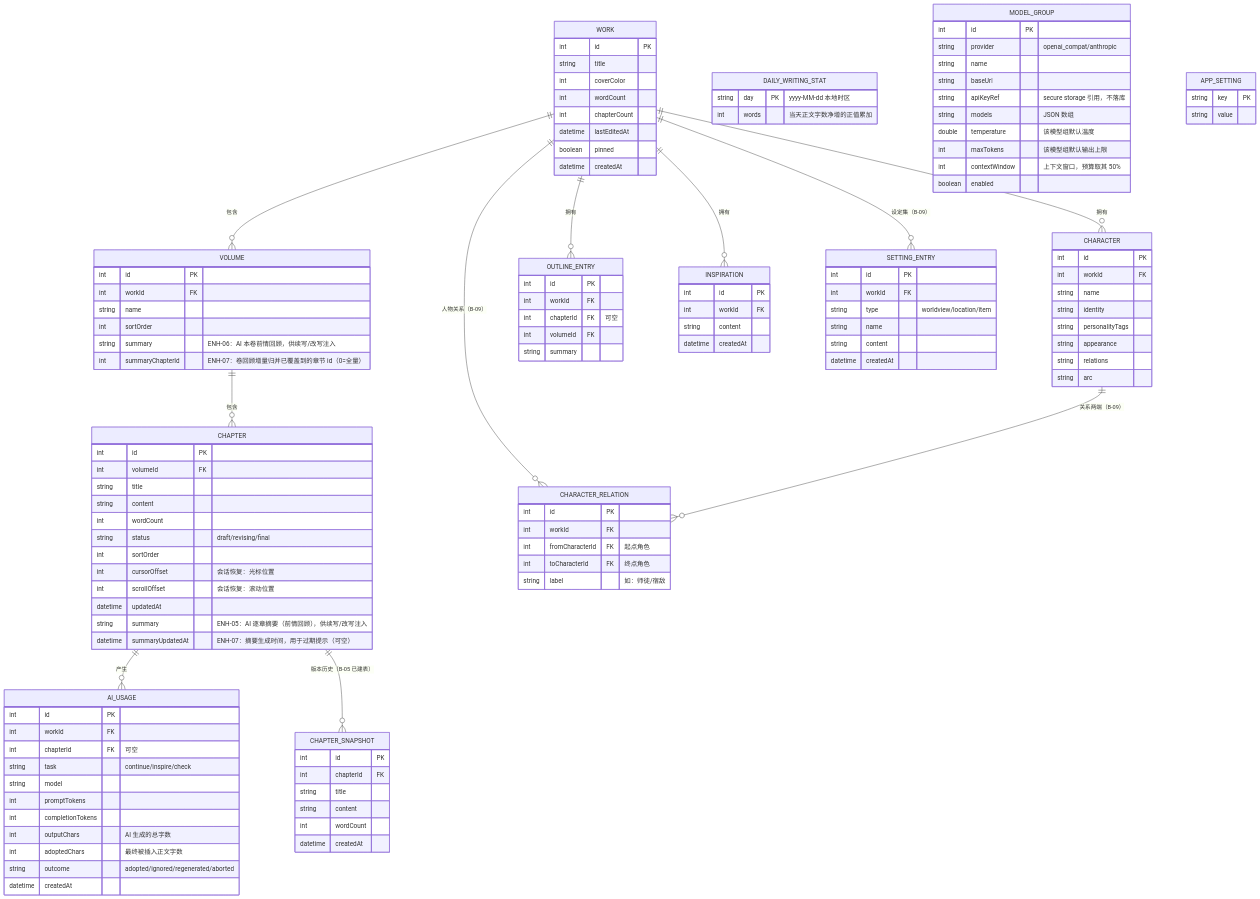
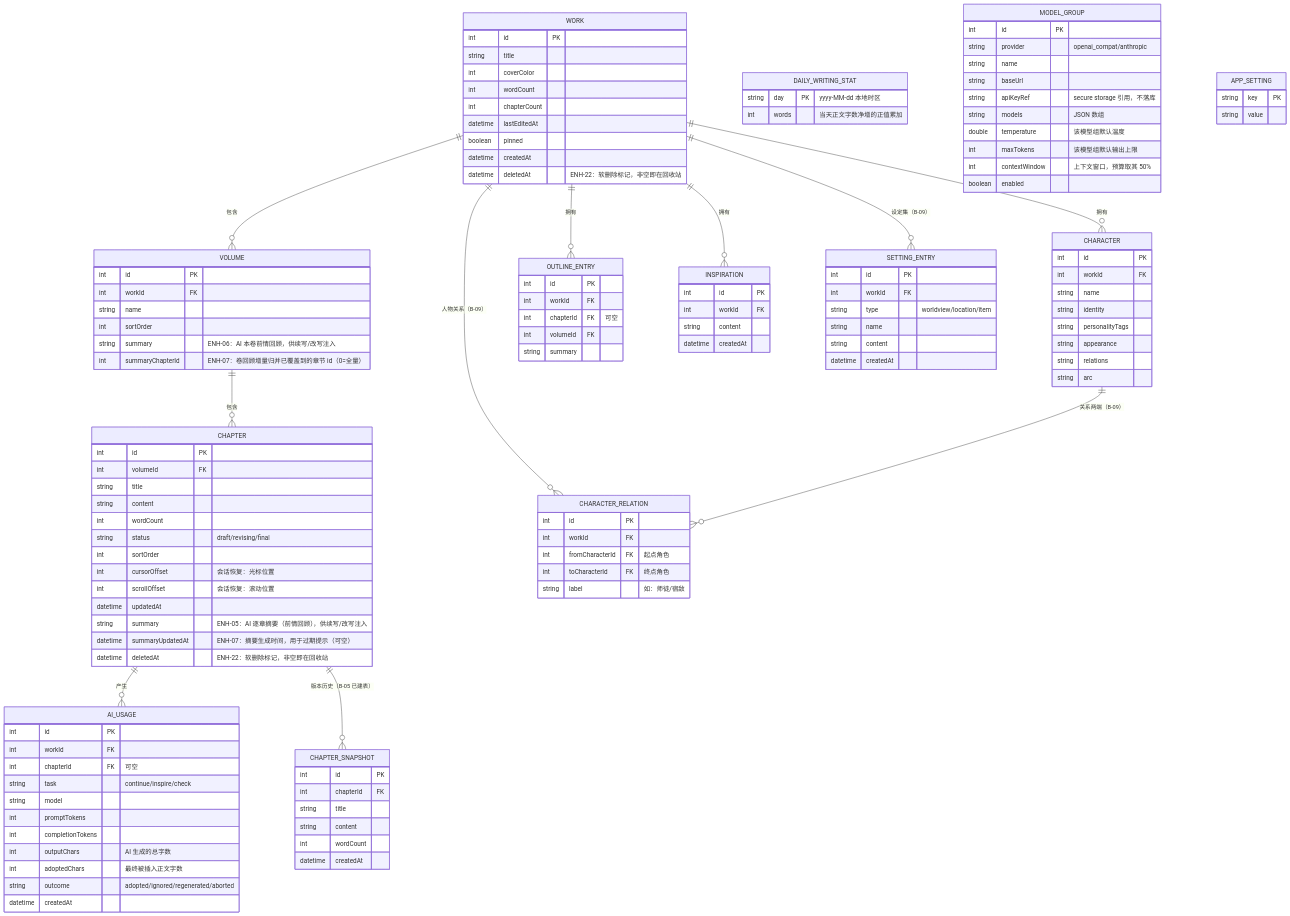
One commit to wly2lcl/NovelPhone changed the second of 3 diagrams in docs/ARCHITECTURE.md. Above: the diagram before and after it, drawn with Mermaid. The commit also changed other lines of this file and 54 other files, not shown here.

```diff
--- a/docs/ARCHITECTURE.md
+++ b/docs/ARCHITECTURE.md
@@ -250,6 +250,7 @@
         datetime lastEditedAt
         boolean pinned
         datetime createdAt
+        datetime deletedAt "ENH-22：软删除标记，非空即在回收站"
     }
     VOLUME {
         int id PK
@@ -272,6 +273,7 @@
         datetime updatedAt
         string summary "ENH-05：AI 逐章摘要（前情回顾），供续写/改写注入"
         datetime summaryUpdatedAt "ENH-07：摘要生成时间，用于过期提示（可空）"
+        datetime deletedAt "ENH-22：软删除标记，非空即在回收站"
     }
     CHAPTER_SNAPSHOT {
         int id PK
```
